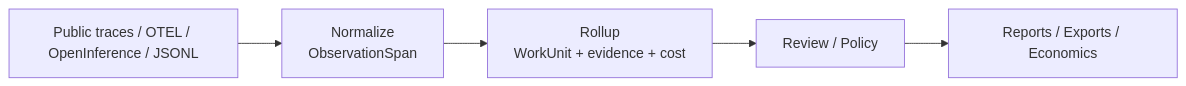
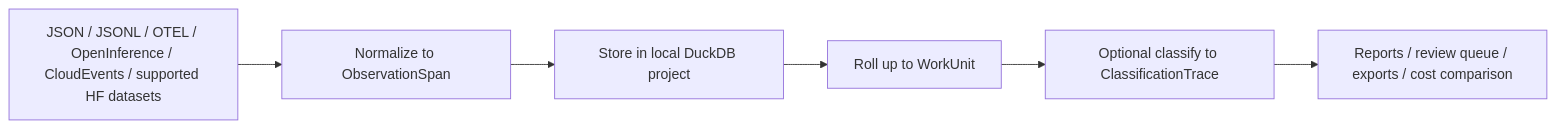
One commit to couscous18/workledger changed the diagram in docs/how-it-works.md. Above: the diagram before and after it, drawn with Mermaid. The commit also changed other lines of this file and 15 other files, not shown here.

````diff
--- a/docs/how-it-works.md
+++ b/docs/how-it-works.md
@@ -5,7 +5,8 @@
 ```mermaid
 flowchart LR
-  A["Public traces / OTEL / OpenInference / JSONL"] --> B["Normalize<br/>ObservationSpan"]
-  B --> C["Rollup<br/>WorkUnit + evidence + cost"]
-  C --> D["Review / Policy"]
-  D --> E["Reports / Exports / Economics"]
+  A["JSON / JSONL / OTEL / OpenInference / CloudEvents / supported HF datasets"] --> B["Normalize to ObservationSpan"]
+  B --> C["Store in local DuckDB project"]
+  C --> D["Roll up to WorkUnit"]
+  D --> E["Optional classify to ClassificationTrace"]
+  E --> F["Reports / review queue / exports / cost comparison"]
 ```
````
